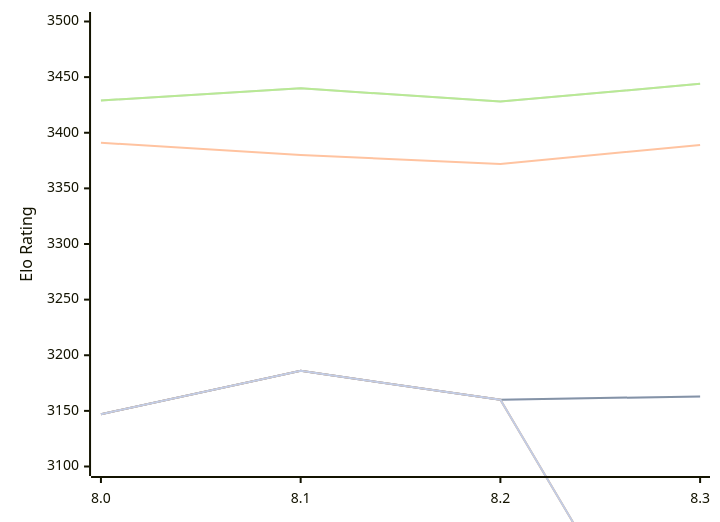
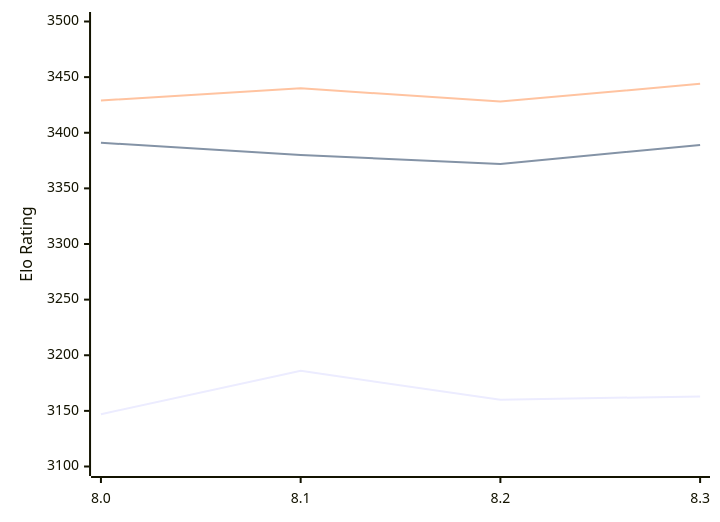
The diagram in engines/Alexander.md (computer-chess-index/cci), drawn with Mermaid before and after one commit. The commit also changed other lines of this file, not shown here.

````diff
--- a/engines/Alexander.md
+++ b/engines/Alexander.md
@@ -50,13 +50,9 @@
 ```mermaid
 %%{init: {"theme":"base","themeVariables":{"seriesColors:['#a3a3a3','#222221','#faa371']}}}%%
 xychart-beta
   x-axis ["8.0", "8.1", "8.2", "8.3"]
   y-axis "Elo Rating" 3100 --> 3500
-  line "" [3147, 3186, 3160, 3163]
   line "T1: STC (8.0+0.08s)" [3147, 3186, 3160, 3163]
   line "T1: LTC (60.0+0.60s)" [3391, 3380, 3372, 3389]
-  line "" [3429, 3440, 3428, 3444]
   line "T1: VLTC (2m24s+1.12s)" [3429, 3440, 3428, 3444]
-  line "" [3147, 3186, 3160,2857]
-  line "E1: STC (8.0+0.08s)" [3147, 3186, 3160,2857]
 ```
````
